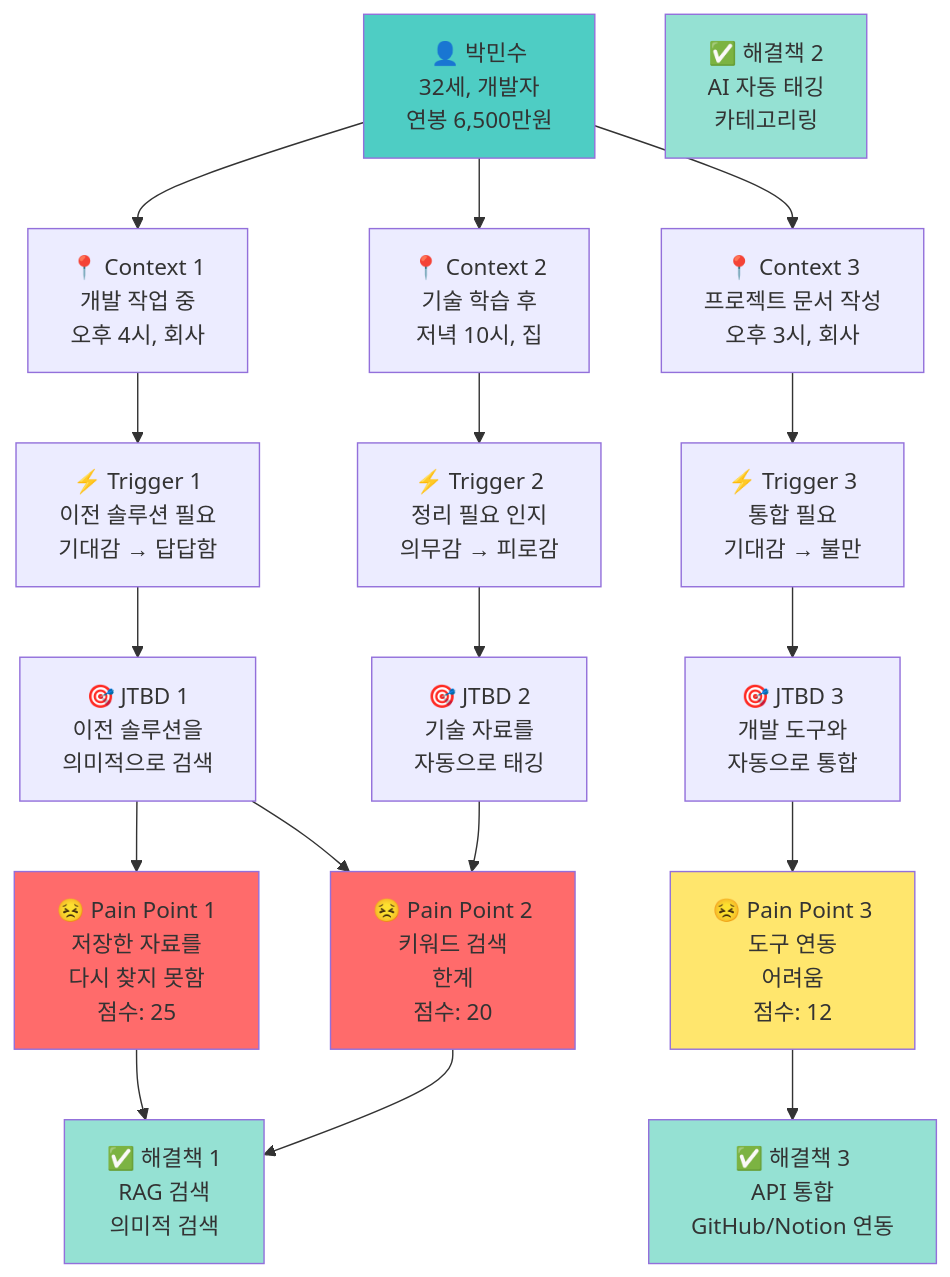
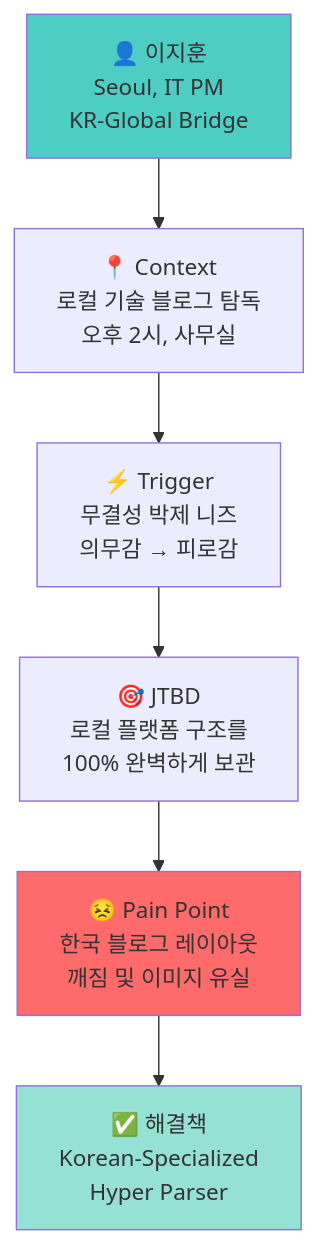
The second of 5 diagrams in docs/프로젝트/output/PHASE3-페르소나JTBD/PHASE3-Step5-통합다이어그램-2026-01-10.md (gus2902/new_learn), drawn with Mermaid before and after one commit. The commit also changed other lines of this file and 25 other files, not shown here.

````diff
--- a/docs/프로젝트/output/PHASE3-페르소나JTBD/PHASE3-Step5-통합다이어그램-2026-01-10.md
+++ b/docs/프로젝트/output/PHASE3-페르소나JTBD/PHASE3-Step5-통합다이어그램-2026-01-10.md
@@ -100,53 +39,20 @@
 ```mermaid
 graph TB
-    P2["👤 박민수<br/>32세, 개발자<br/>연봉 6,500만원"]
+    P2["👤 이지훈<br/>Seoul, IT PM<br/>KR-Global Bridge"]
     
-    C1["📍 Context 1<br/>개발 작업 중<br/>오후 4시, 회사"]
-    C2["📍 Context 2<br/>기술 학습 후<br/>저녁 10시, 집"]
-    C3["📍 Context 3<br/>프로젝트 문서 작성<br/>오후 3시, 회사"]
+    C2["📍 Context<br/>로컬 기술 블로그 탐독<br/>오후 2시, 사무실"]
     
-    T1["⚡ Trigger 1<br/>이전 솔루션 필요<br/>기대감 → 답답함"]
-    T2["⚡ Trigger 2<br/>정리 필요 인지<br/>의무감 → 피로감"]
-    T3["⚡ Trigger 3<br/>통합 필요<br/>기대감 → 불만"]
+    T2["⚡ Trigger<br/>무결성 박제 니즈<br/>의무감 → 피로감"]
     
-    J1["🎯 JTBD 1<br/>이전 솔루션을<br/>의미적으로 검색"]
-    J2["🎯 JTBD 2<br/>기술 자료를<br/>자동으로 태깅"]
-    J3["🎯 JTBD 3<br/>개발 도구와<br/>자동으로 통합"]
+    J2["🎯 JTBD<br/>로컬 플랫폼 구조를<br/>100% 완벽하게 보관"]
     
-    PP1["😣 Pain Point 1<br/>저장한 자료를<br/>다시 찾지 못함<br/>점수: 25"]
-    PP2["😣 Pain Point 2<br/>키워드 검색<br/>한계<br/>점수: 20"]
-    PP3["😣 Pain Point 3<br/>도구 연동<br/>어려움<br/>점수: 12"]
+    PP2["😣 Pain Point<br/>한국 블로그 레이아웃<br/>깨짐 및 이미지 유실"]
     
-    S1["✅ 해결책 1<br/>RAG 검색<br/>의미적 검색"]
-    S2["✅ 해결책 2<br/>AI 자동 태깅<br/>카테고리링"]
-    S3["✅ 해결책 3<br/>API 통합<br/>GitHub/Notion 연동"]
+    S2["✅ 해결책<br/>Korean-Specialized<br/>Hyper Parser"]
     
-    P2 --> C1
-    P2 --> C2
-    P2 --> C3
-    
-    C1 --> T1
-    C2 --> T2
-    C3 --> T3
-    
-    T1 --> J1
-    T2 --> J2
-    T3 --> J3
-    
-    J1 --> PP1
-    J1 --> PP2
-    J2 --> PP2
-    J3 --> PP3
-    
-    PP1 --> S1
-    PP2 --> S1
-    PP3 --> S3
+    P2 --> C2 --> T2 --> J2 --> PP2 --> S2
     
     style P2 fill:#4ecdc4
-    style PP1 fill:#ff6b6b
     style PP2 fill:#ff6b6b
-    style PP3 fill:#ffe66d
-    style S1 fill:#95e1d3
     style S2 fill:#95e1d3
-    style S3 fill:#95e1d3
 ```
````
